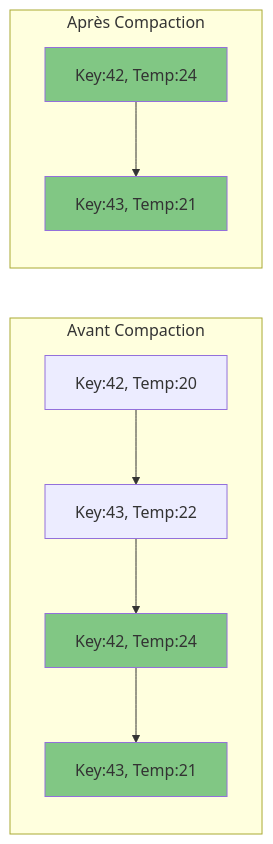
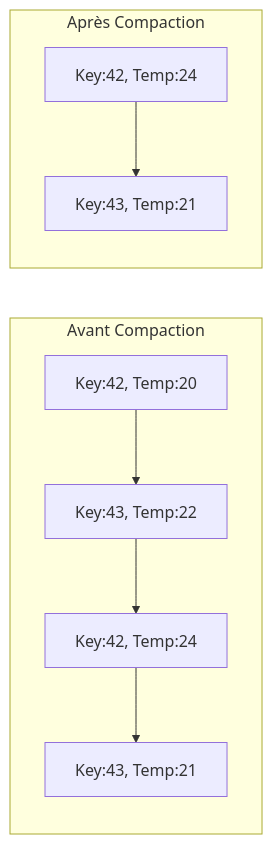
Before and after one commit to mombe090/techdocs: the eighth of 26 diagrams in docs/tutorials/kafka-getting-started.fr.md, drawn with Mermaid. The commit also changed other lines of this file and 11 other files, not shown here.

First line of the commit message:
style: remove hardcoded Mermaid diagram colors for dark mode compatibility

````diff
--- a/docs/tutorials/kafka-getting-started.fr.md
+++ b/docs/tutorials/kafka-getting-started.fr.md
@@ -267,15 +246,11 @@
 ```mermaid
 graph LR
     subgraph "Avant Compaction"
     A1[Key:42, Temp:20] --> A2[Key:43, Temp:22] --> A3[Key:42, Temp:24] --> A4[Key:43, Temp:21]
     end
 
     subgraph "Après Compaction"
     B1[Key:42, Temp:24] --> B2[Key:43, Temp:21]
     end
 
-    style A3 fill:#81c784
-    style A4 fill:#81c784
-    style B1 fill:#81c784
-    style B2 fill:#81c784
 ```
````
